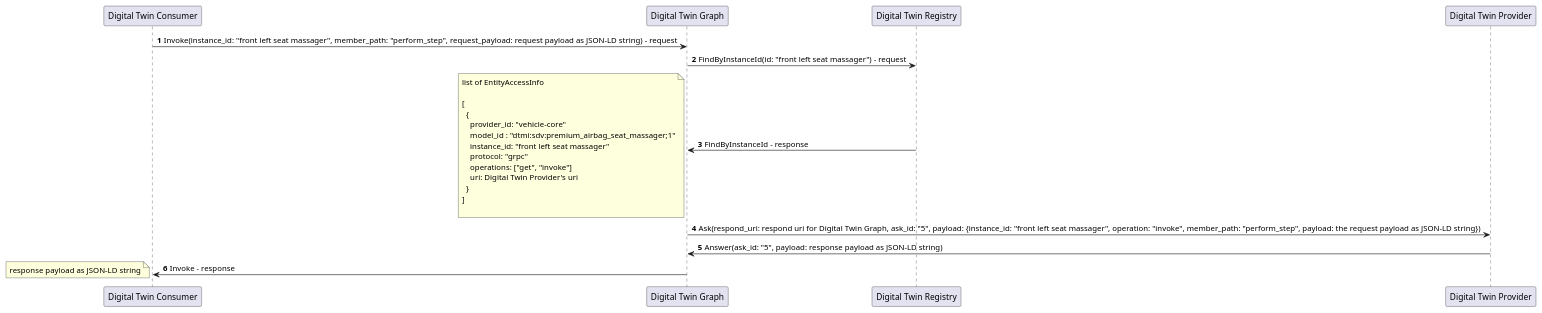
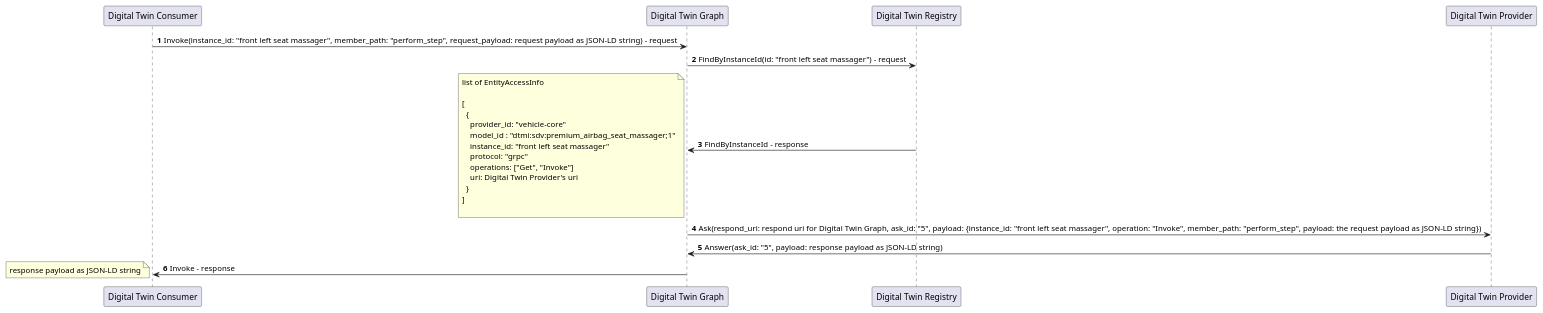
One commit to eclipse-ibeji/ibeji changed the diagram in docs/design/modules/digital_twin_graph/diagrams/invoke_sequence.puml. Above: the diagram before and after it, drawn with PlantUML. The commit also changed 3 other files, not shown here.

Commit message:
Digital Twin Graph

```diff
--- a/docs/design/modules/digital_twin_graph/diagrams/invoke_sequence.puml
+++ b/docs/design/modules/digital_twin_graph/diagrams/invoke_sequence.puml
@@ -1,38 +1,38 @@
 @startuml
 
 autonumber
 
 participant "Digital Twin Consumer" as CONSUMER
 participant "Digital Twin Graph" as DIGITAL_TWIN_GRAPH
 participant "Digital Twin Registry" as DIGITAL_TWIN_REGISTRY
 participant "Digital Twin Provider" as PROVIDER
 
 CONSUMER -> DIGITAL_TWIN_GRAPH: Invoke(instance_id: "front left seat massager", member_path: "perform_step", request_payload: request payload as JSON-LD string) - request
 
 DIGITAL_TWIN_GRAPH -> DIGITAL_TWIN_REGISTRY: FindByInstanceId(id: "front left seat massager") - request
 DIGITAL_TWIN_GRAPH <- DIGITAL_TWIN_REGISTRY: FindByInstanceId - response
 note left
   list of EntityAccessInfo
 
   [
     {
       provider_id: "vehicle-core"
       model_id : "dtmi:sdv:premium_airbag_seat_massager;1"
       instance_id: "front left seat massager"
       protocol: "grpc"
-      operations: ["get", "invoke"]
+      operations: ["Get", "Invoke"]
       uri: Digital Twin Provider's uri
     }
   ]
 
 end note
 
-DIGITAL_TWIN_GRAPH -> PROVIDER: Ask(respond_uri: respond uri for Digital Twin Graph, ask_id: "5", payload: {instance_id: "front left seat massager", operation: "invoke", member_path: "perform_step", payload: the request payload as JSON-LD string})
+DIGITAL_TWIN_GRAPH -> PROVIDER: Ask(respond_uri: respond uri for Digital Twin Graph, ask_id: "5", payload: {instance_id: "front left seat massager", operation: "Invoke", member_path: "perform_step", payload: the request payload as JSON-LD string})
 DIGITAL_TWIN_GRAPH <- PROVIDER: Answer(ask_id: "5", payload: response payload as JSON-LD string)
 
 CONSUMER <- DIGITAL_TWIN_GRAPH: Invoke - response
 note left
   response payload as JSON-LD string
 end note
 
 @enduml
```
